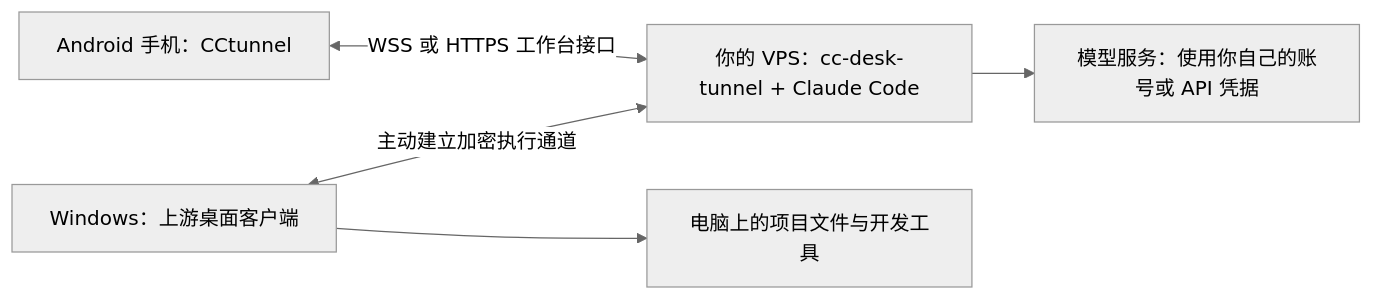
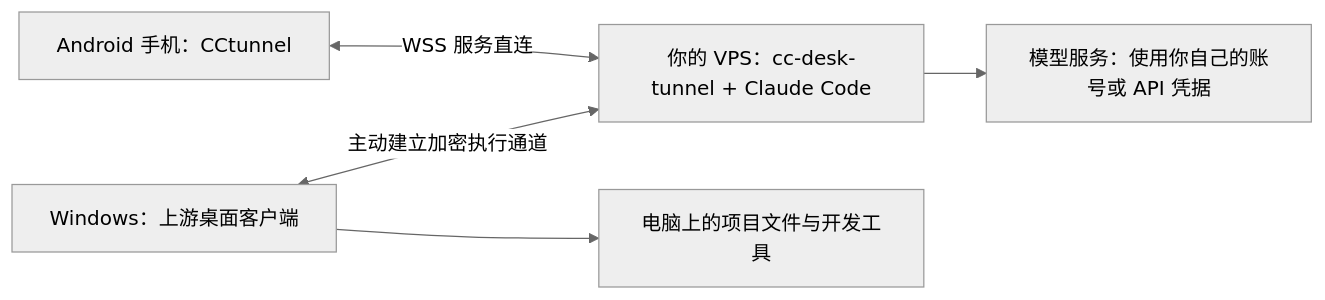
Before and after one commit to tuolola/cc-android-tunnel: the diagram in README.md, drawn with Mermaid (neutral theme). The commit also changed other lines of this file and 48 other files, not shown here.

````diff
--- a/README.md
+++ b/README.md
@@ -58,7 +60,7 @@
 ```mermaid
 flowchart LR
-    Phone[Android 手机：CCtunnel] <-->|WSS 或 HTTPS 工作台接口| Server[你的 VPS：cc-desk-tunnel + Claude Code]
+    Phone[Android 手机：CCtunnel] <-->|WSS 服务直连| Server[你的 VPS：cc-desk-tunnel + Claude Code]
     Desktop[Windows：上游桌面客户端] <-->|主动建立加密执行通道| Server
     Desktop --> Project[电脑上的项目文件与开发工具]
     Server --> Model[模型服务：使用你自己的账号或 API 凭据]
 ```
````
